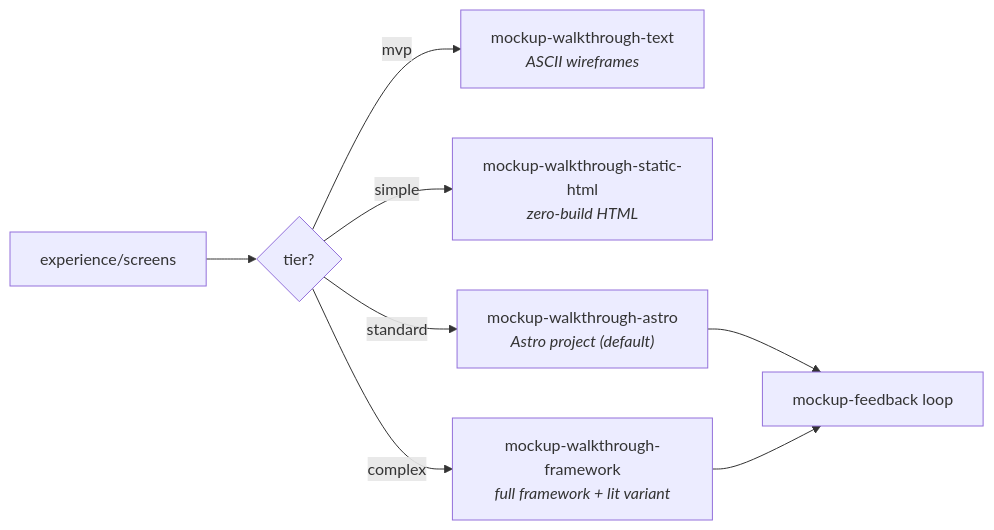
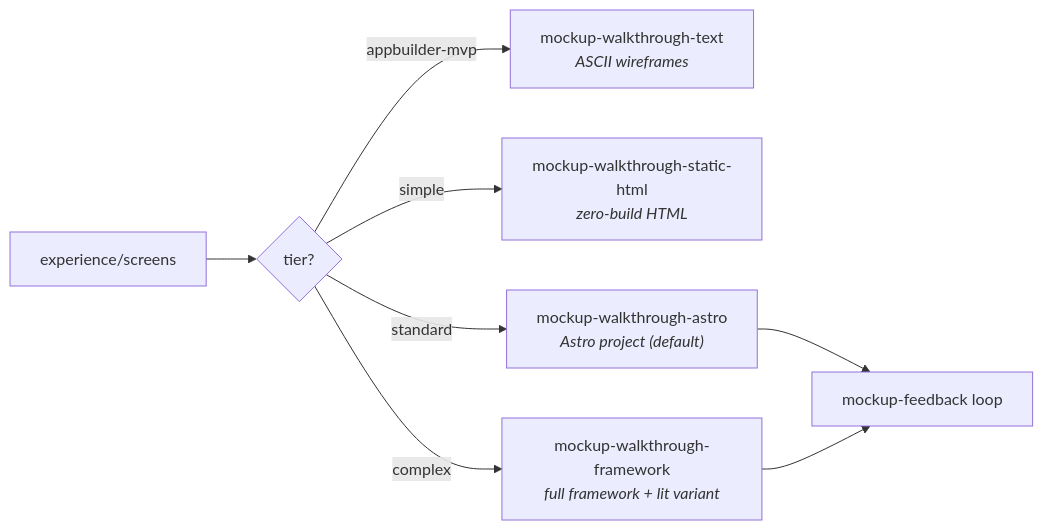
The second of 4 diagrams in docs/src/content/docs/intro/tiers.mdx (skaile-ai/ai-assets-skaileup), drawn with Mermaid before and after one commit. The commit also changed other lines of this file and 111 other files, not shown here.

First line of the commit message:
feat(flows): add impl-only flows + rename tiers to appbuilder-*

````diff
--- a/docs/src/content/docs/intro/tiers.mdx
+++ b/docs/src/content/docs/intro/tiers.mdx
@@ -134,10 +134,10 @@
 ```mermaid
 flowchart LR
   screens[experience/screens] --> pick{tier?}
-  pick -->|mvp| text["mockup-walkthrough-text<br/><i>ASCII wireframes</i>"]
+  pick -->|appbuilder-mvp| text["mockup-walkthrough-text<br/><i>ASCII wireframes</i>"]
   pick -->|simple| static["mockup-walkthrough-static-html<br/><i>zero-build HTML</i>"]
   pick -->|standard| astro["mockup-walkthrough-astro<br/><i>Astro project (default)</i>"]
   pick -->|complex| fw["mockup-walkthrough-framework<br/><i>full framework + lit variant</i>"]
   astro --> fb[mockup-feedback loop]
   fw --> fb
 ```
````
